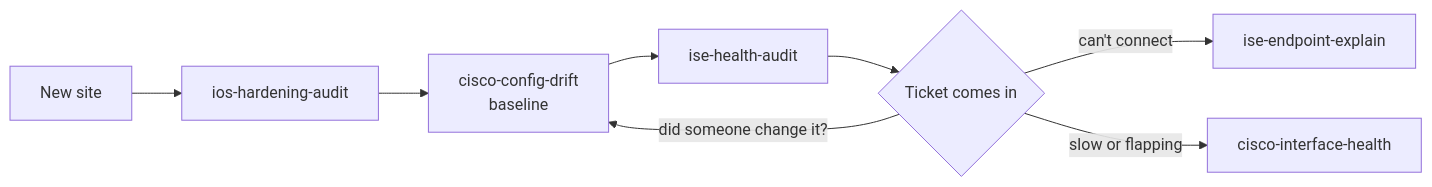
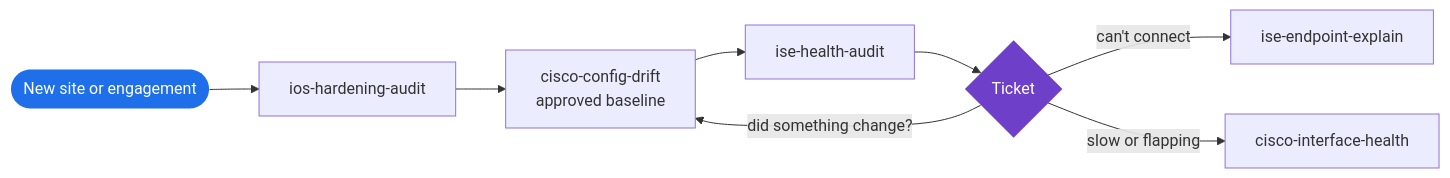
Before and after one commit to a-ayrapetov/a-ayrapetov: the diagram in README.md, drawn with Mermaid. The commit also changed other lines of this file, not shown here.

````diff
--- a/README.md
+++ b/README.md
@@ -20,10 +40,12 @@
 ```mermaid
 flowchart LR
-  A[New site] --> B[ios-hardening-audit]
-  B --> C[cisco-config-drift<br/>baseline]
+  A([New site or engagement]) --> B[ios-hardening-audit]
+  B --> C[cisco-config-drift<br/>approved baseline]
   C --> D[ise-health-audit]
-  D --> E{Ticket comes in}
+  D --> E{Ticket}
   E -->|can't connect| F[ise-endpoint-explain]
   E -->|slow or flapping| G[cisco-interface-health]
-  E -->|did someone change it?| C
+  E -->|"did something change?"| C
+  style A fill:#1f6feb,color:#fff,stroke:none
+  style E fill:#6e40c9,color:#fff,stroke:none
 ```
````
